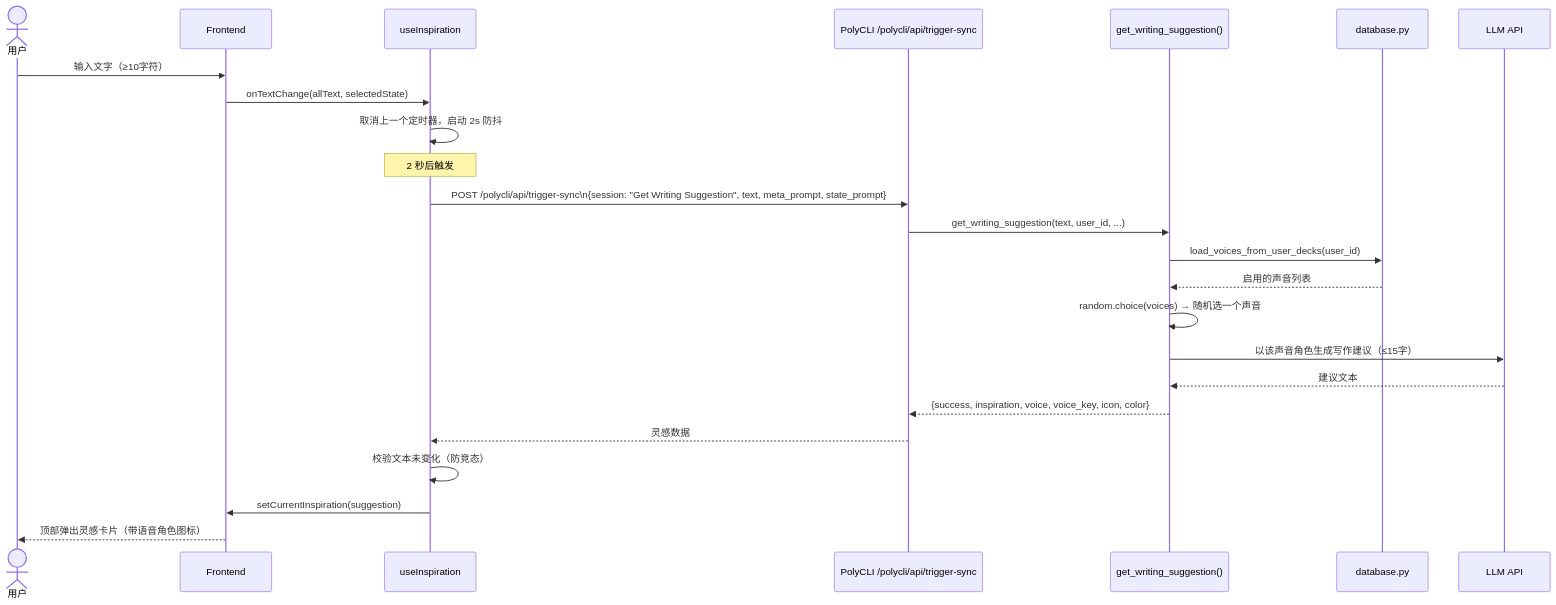
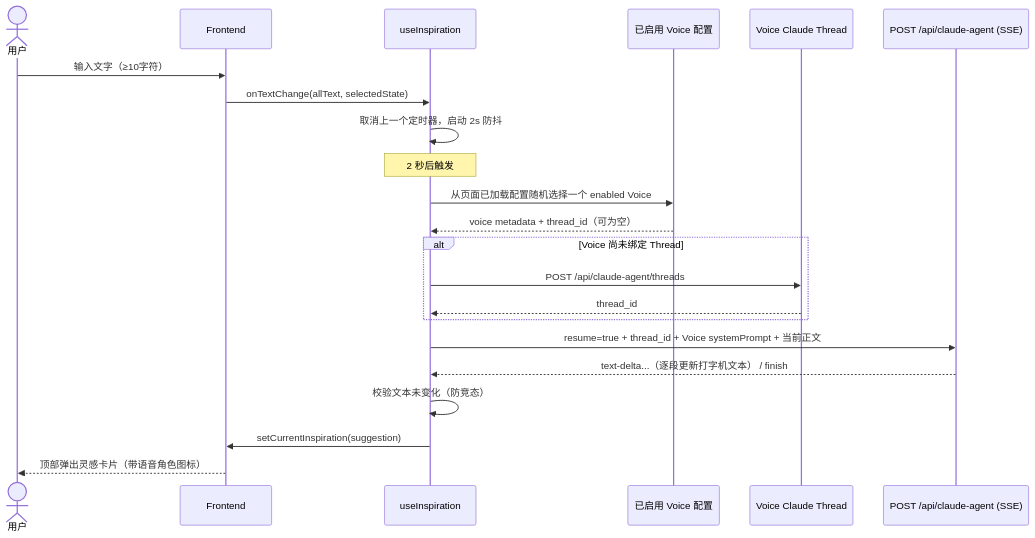
The seventh of 17 diagrams in docs/design/sequence-diagrams.md (glide-the/im-dream), drawn with Mermaid before and after one commit. The commit also changed other lines of this file and 136 other files, not shown here.

````diff
--- a/docs/design/sequence-diagrams.md
+++ b/docs/design/sequence-diagrams.md
@@ -234,27 +208,25 @@
 ```mermaid
 sequenceDiagram
     actor User as 用户
     participant FE as Frontend
     participant Hook as useInspiration
-    participant PolyCLI as PolyCLI /polycli/api/trigger-sync
-    participant Session as get_writing_suggestion()
-    participant DB as database.py
-    participant LLM as LLM API
+    participant Voice as 已启用 Voice 配置
+    participant Thread as Voice Claude Thread
+    participant Agent as POST /api/claude-agent (SSE)
 
     User->>FE: 输入文字（≥10字符）
     FE->>Hook: onTextChange(allText, selectedState)
     Hook->>Hook: 取消上一个定时器，启动 2s 防抖
     Note over Hook: 2 秒后触发
-    Hook->>PolyCLI: POST /polycli/api/trigger-sync\n{session: "Get Writing Suggestion", text, meta_prompt, state_prompt}
-    PolyCLI->>Session: get_writing_suggestion(text, user_id, ...)
-    Session->>DB: load_voices_from_user_decks(user_id)
-    DB-->>Session: 启用的声音列表
-    Session->>Session: random.choice(voices) → 随机选一个声音
-    Session->>LLM: 以该声音角色生成写作建议（≤15字）
-    LLM-->>Session: 建议文本
-    Session-->>PolyCLI: {success, inspiration, voice, voice_key, icon, color}
-    PolyCLI-->>Hook: 灵感数据
+    Hook->>Voice: 从页面已加载配置随机选择一个 enabled Voice
+    Voice-->>Hook: voice metadata + thread_id（可为空）
+    alt Voice 尚未绑定 Thread
+        Hook->>Thread: POST /api/claude-agent/threads
+        Thread-->>Hook: thread_id
+    end
+    Hook->>Agent: resume=true + thread_id + Voice systemPrompt + 当前正文
+    Agent-->>Hook: text-delta...（逐段更新打字机文本） / finish
     Hook->>Hook: 校验文本未变化（防竞态）
     Hook->>FE: setCurrentInspiration(suggestion)
     FE-->>User: 顶部弹出灵感卡片（带语音角色图标）
 ```
````
